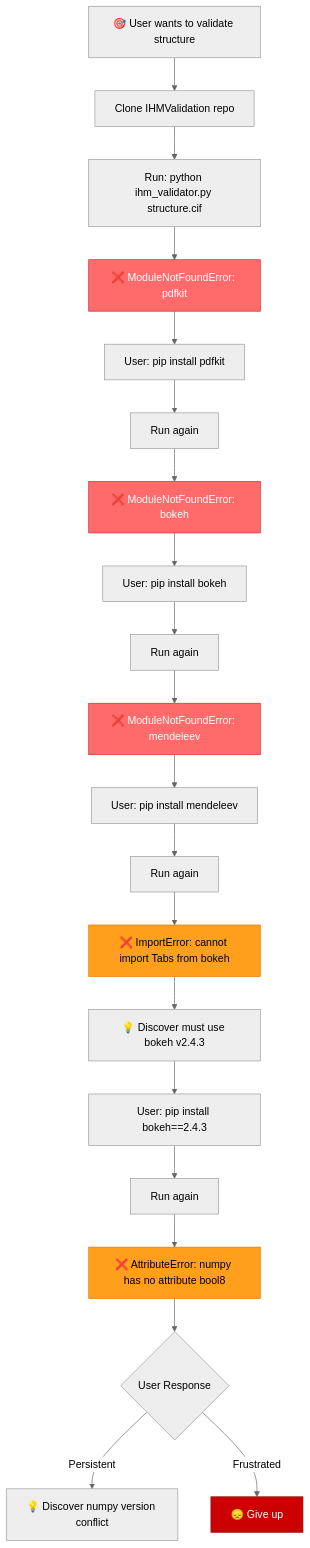
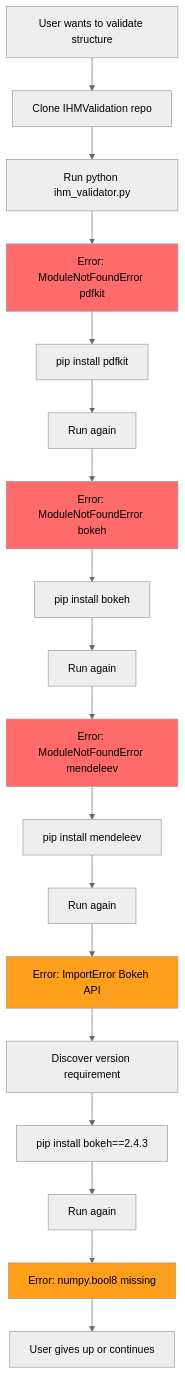
The first of 3 diagrams in README.md (ShravyaRS/IHMValidation-Analysis), drawn with Mermaid (neutral theme) before and after one commit. The commit also changed other lines of this file, not shown here.

Commit message:
Fix README: remove emojis and fix Mermaid diagram syntax

````diff
--- a/README.md
+++ b/README.md
@@ -87,29 +88,26 @@
 ```mermaid
 flowchart TD
-    A[🎯 User wants to validate structure] --> B[Clone IHMValidation repo]
-    B --> C[Run: python ihm_validator.py structure.cif]
-    C --> D[❌ ModuleNotFoundError: pdfkit]
-    D --> E[User: pip install pdfkit]
+    A[User wants to validate structure] --> B[Clone IHMValidation repo]
+    B --> C[Run python ihm_validator.py]
+    C --> D[Error: ModuleNotFoundError pdfkit]
+    D --> E[pip install pdfkit]
     E --> F[Run again]
-    F --> G[❌ ModuleNotFoundError: bokeh]
-    G --> H[User: pip install bokeh]
+    F --> G[Error: ModuleNotFoundError bokeh]
+    G --> H[pip install bokeh]
     H --> I[Run again]
-    I --> J[❌ ModuleNotFoundError: mendeleev]
-    J --> K[User: pip install mendeleev]
+    I --> J[Error: ModuleNotFoundError mendeleev]
+    J --> K[pip install mendeleev]
     K --> L[Run again]
-    L --> M[❌ ImportError: cannot import Tabs from bokeh]
-    M --> N[💡 Discover must use bokeh v2.4.3]
-    N --> O[User: pip install bokeh==2.4.3]
+    L --> M[Error: ImportError Bokeh API]
+    M --> N[Discover version requirement]
+    N --> O[pip install bokeh==2.4.3]
     O --> P[Run again]
-    P --> Q[❌ AttributeError: numpy has no attribute bool8]
-    Q --> R{User Response}
-    R -->|Persistent| S[💡 Discover numpy version conflict]
-    R -->|Frustrated| T[😞 Give up]
+    P --> Q[Error: numpy.bool8 missing]
+    Q --> R[User gives up or continues]
     
-    style D fill:#ff6b6b,stroke:#c92a2a,color:#fff
-    style G fill:#ff6b6b,stroke:#c92a2a,color:#fff
-    style J fill:#ff6b6b,stroke:#c92a2a,color:#fff
-    style M fill:#ff9f1c,stroke:#e67700,color:#000
-    style Q fill:#ff9f1c,stroke:#e67700,color:#000
-    style T fill:#cc0000,stroke:#9c1a1a,color:#fff
+    style D fill:#ff6b6b
+    style G fill:#ff6b6b
+    style J fill:#ff6b6b
+    style M fill:#ff9f1c
+    style Q fill:#ff9f1c
 ```
````
